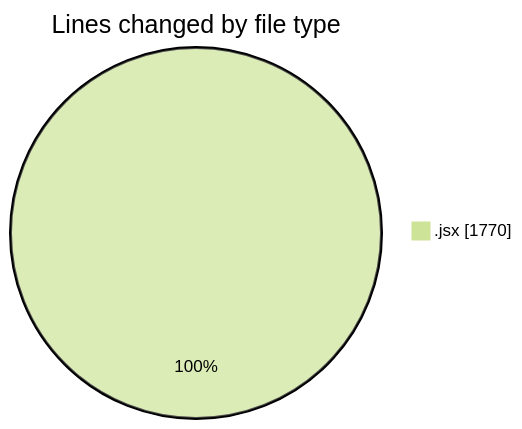
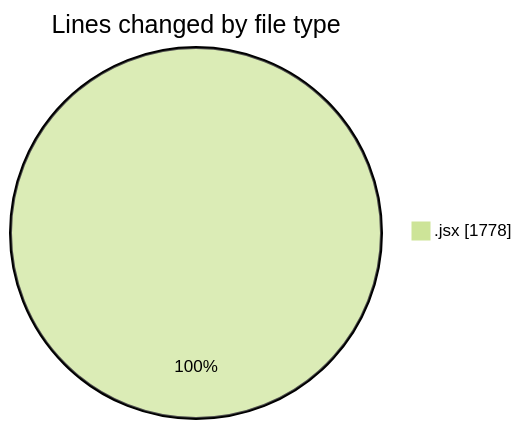
One commit to nxtqubesakshisongat/code-tracking changed the first of 2 diagrams in 2025-05-26/nxtqube_webapp/README.md. Above: the diagram before and after it, drawn with Mermaid (forest theme). The commit also changed other lines of this file and 1 other file, not shown here.

````diff
--- a/2025-05-26/nxtqube_webapp/README.md
+++ b/2025-05-26/nxtqube_webapp/README.md
@@ -20,5 +20,5 @@
 ```mermaid
 pie showData
 title Lines changed by file type
-".jsx" : 1770
+".jsx" : 1778
 ```
````
